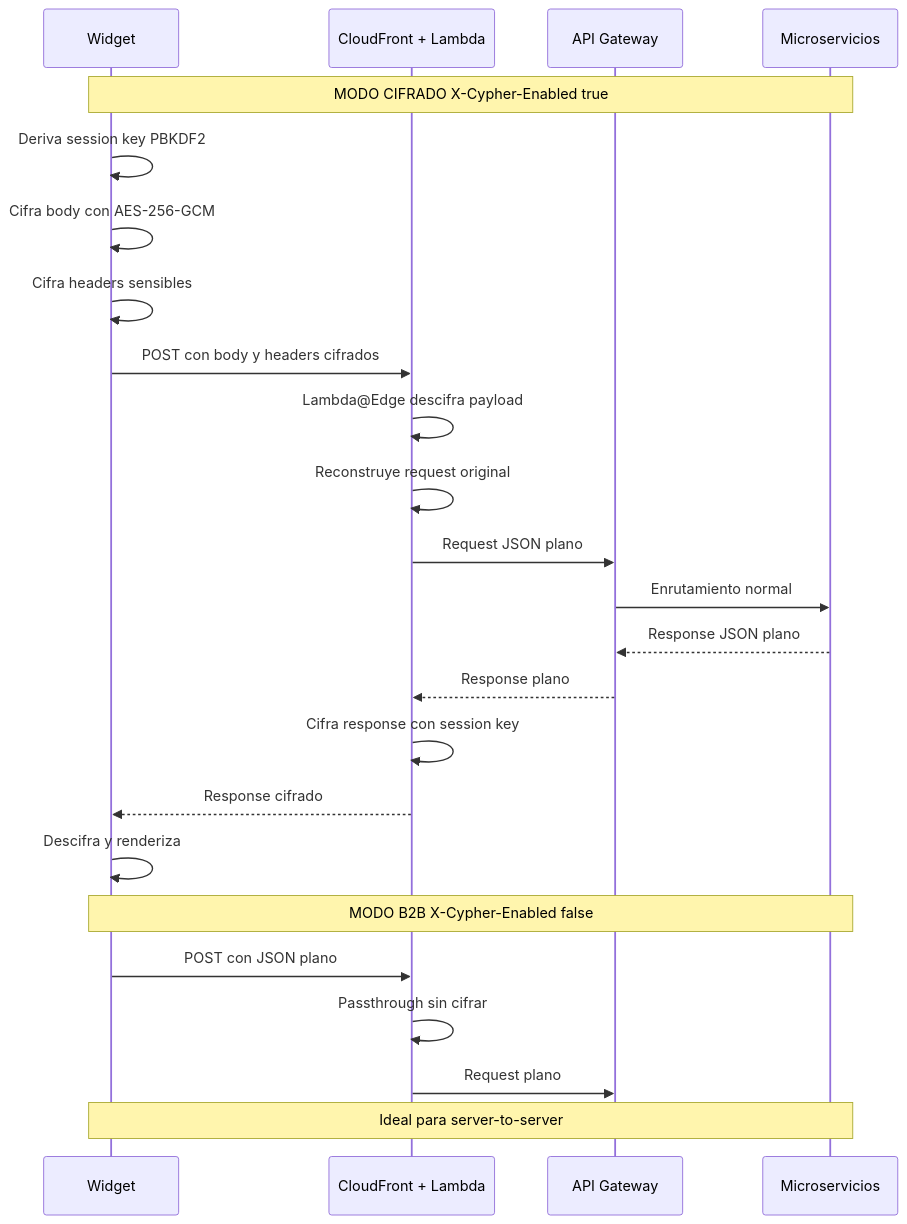
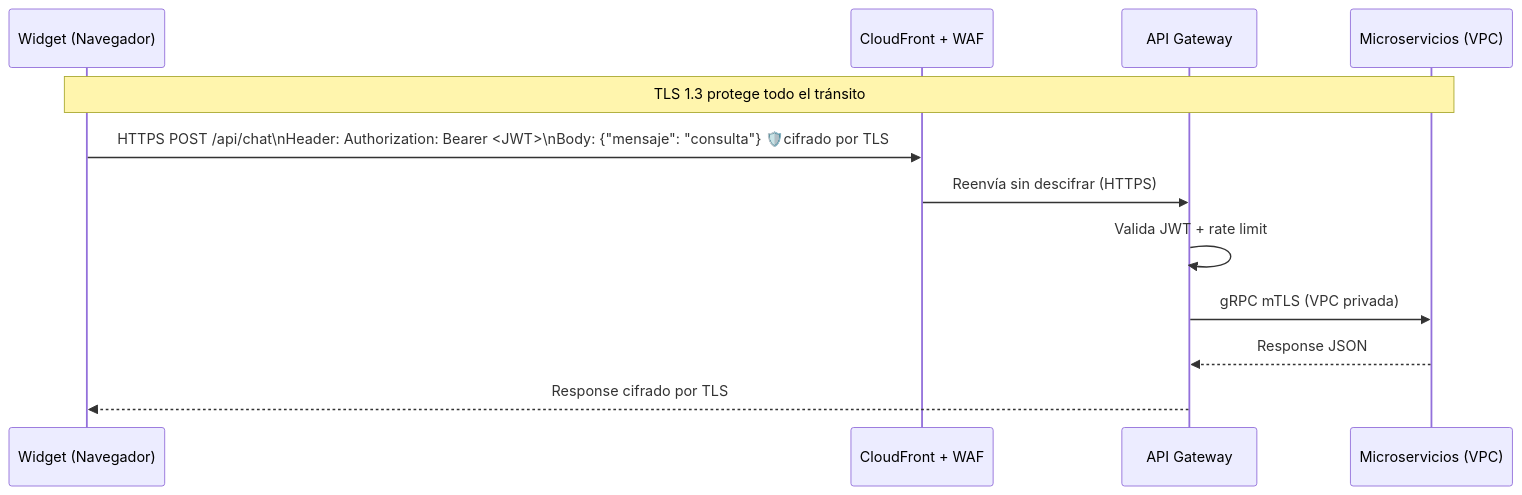
One commit to johnruedal96/capillas changed the eighth of 9 diagrams in docs/propuesta_tecnologica.md. Above: the diagram before and after it, drawn with Mermaid. The commit also changed other lines of this file and 1 other file, not shown here.

Commit message:
update cypher

````diff
--- a/docs/propuesta_tecnologica.md
+++ b/docs/propuesta_tecnologica.md
@@ -816,28 +837,15 @@
 ```mermaid
 sequenceDiagram
-    participant W as Widget
-    participant CF as CloudFront + Lambda
+    participant W as Widget (Navegador)
+    participant CF as CloudFront + WAF
     participant GW as API Gateway
-    participant SVC as Microservicios
+    participant SVC as Microservicios (VPC)
 
-    Note over W,SVC: MODO CIFRADO X-Cypher-Enabled true
-    W->>W: Deriva session key PBKDF2
-    W->>W: Cifra body con AES-256-GCM
-    W->>W: Cifra headers sensibles
-    W->>CF: POST con body y headers cifrados
-    CF->>CF: Lambda@Edge descifra payload
-    CF->>CF: Reconstruye request original
-    CF->>GW: Request JSON plano
-    GW->>SVC: Enrutamiento normal
-    SVC-->>GW: Response JSON plano
-    GW-->>CF: Response plano
-    CF->>CF: Cifra response con session key
-    CF-->>W: Response cifrado
-    W->>W: Descifra y renderiza
-
-    Note over W,SVC: MODO B2B X-Cypher-Enabled false
-    W->>CF: POST con JSON plano
-    CF->>CF: Passthrough sin cifrar
-    CF->>GW: Request plano
-    Note over W,SVC: Ideal para server-to-server
+    Note over W,SVC: TLS 1.3 protege todo el tránsito
+    W->>CF: HTTPS POST /api/chat\nHeader: Authorization: Bearer <JWT>\nBody: {"mensaje": "consulta"} 🛡️cifrado por TLS
+    CF->>GW: Reenvía sin descifrar (HTTPS)
+    GW->>GW: Valida JWT + rate limit
+    GW->>SVC: gRPC mTLS (VPC privada)
+    SVC-->>GW: Response JSON
+    GW-->>W: Response cifrado por TLS
 ```
````
